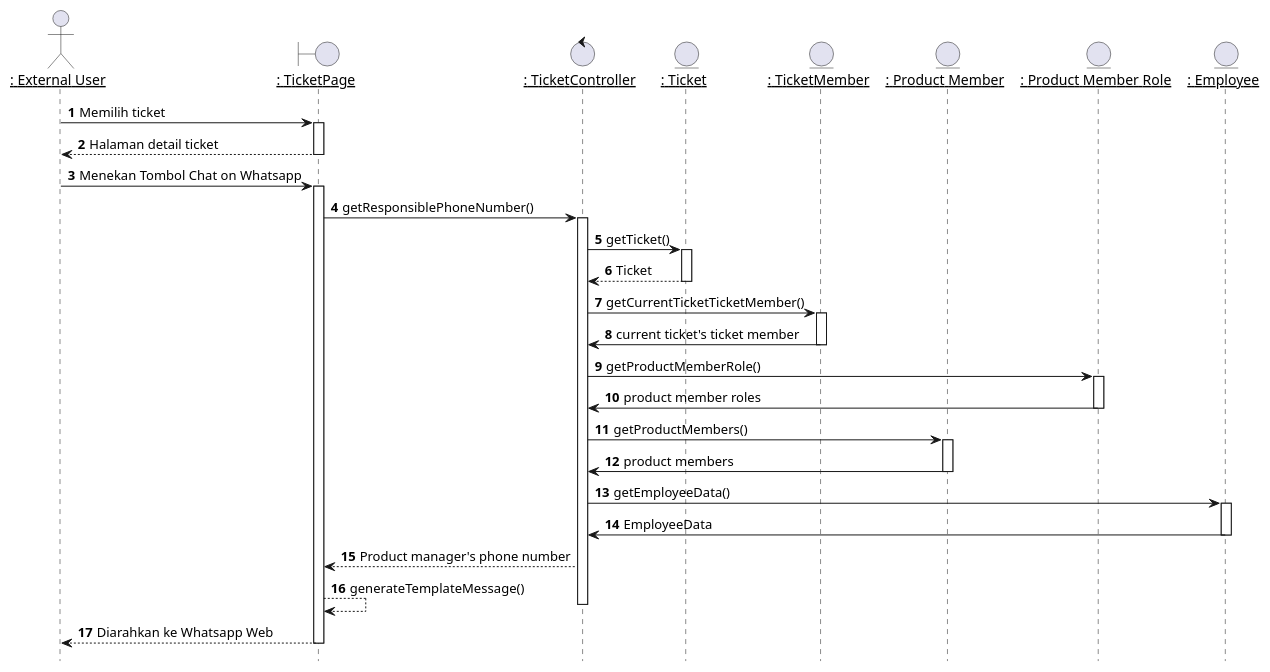
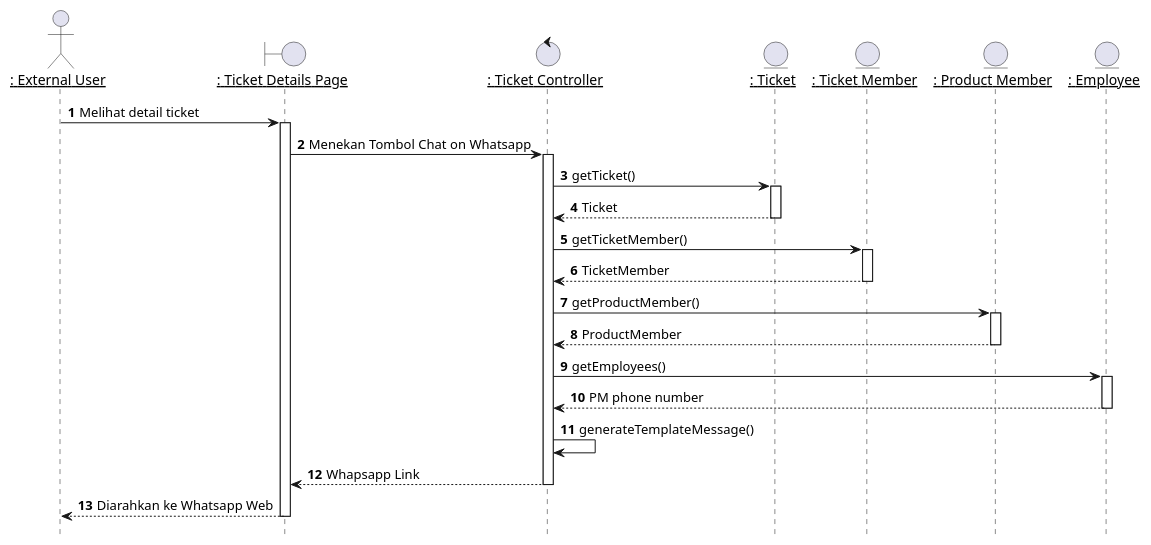
The diagram in plantuml/sequence/ex/ex7.puml (TAS-PKL/Laporan-PKL-Ticketing), drawn with PlantUML before and after one commit. The commit also changed 47 other files, not shown here.

```diff
--- a/plantuml/sequence/ex/ex7.puml
+++ b/plantuml/sequence/ex/ex7.puml
@@ -1,71 +1,58 @@
 @startuml Berkomunikasi Dengan PM Melalui Whatsapp
 
+' title "Berkomunikasi Dengan PM Melalui Whatsapp"
 hide footbox
 
-' title "Berkomunikasi Dengan PM Melalui Whatsapp"
 
-actor EU as "__: External User__"
-boundary TicketPage as "__: TicketPage__"
-control TicketController as "__: TicketController__"
+actor IPM as "__: External User__"
+boundary TicketDetailsPage as "__: Ticket Details Page__"
+control TicketController as "__: Ticket Controller__"
 entity Ticket as "__: Ticket__"
-entity TicketMember as "__: TicketMember__"
-entity ProductMembers as "__: Product Member__"
-entity ProductMemberRoles as "__: Product Member Role__"
+entity TicketMember as "__: Ticket Member__"
+entity ProductMember as "__: Product Member__"
 entity Employees as "__: Employee__"
-
 
 autonumber 1
 'list
-EU -> TicketPage: Memilih ticket
-activate TicketPage
+IPM -> TicketDetailsPage: Melihat detail ticket
+activate TicketDetailsPage
 
-TicketPage --> EU: Halaman detail ticket
-deactivate TicketPage
 
-'Menutup ticket
-EU -> TicketPage: Menekan Tombol Chat on Whatsapp
-activate TicketPage
-
-TicketPage -> TicketController: getResponsiblePhoneNumber()
+'Chat
+TicketDetailsPage -> TicketController: Menekan Tombol Chat on Whatsapp
 activate TicketController
 
 TicketController -> Ticket: getTicket()
 activate Ticket
 
 Ticket --> TicketController : Ticket
 deactivate Ticket
 
-TicketController -> TicketMember: getCurrentTicketTicketMember()
+TicketController -> TicketMember: getTicketMember()
 activate TicketMember
 
-TicketMember -> TicketController: current ticket's ticket member
+TicketMember --> TicketController : TicketMember
 deactivate TicketMember
 
-TicketController -> ProductMemberRoles: getProductMemberRole()
-activate ProductMemberRoles
+TicketController -> ProductMember: getProductMember()
+activate ProductMember
 
-ProductMemberRoles -> TicketController: product member roles
-deactivate ProductMemberRoles
+ProductMember --> TicketController : ProductMember
+deactivate ProductMember
 
-TicketController -> ProductMembers: getProductMembers()
-activate ProductMembers
-
-ProductMembers -> TicketController: product members
-deactivate ProductMembers
-
-TicketController -> Employees: getEmployeeData()
+TicketController -> Employees: getEmployees()
 activate Employees
 
-Employees -> TicketController: EmployeeData
+Employees --> TicketController : PM phone number
 deactivate Employees
 
+TicketController -> TicketController : generateTemplateMessage()
 
-TicketController --> TicketPage : Product manager's phone number
-TicketPage --> TicketPage : generateTemplateMessage()
+TicketController --> TicketDetailsPage : Whapsapp Link
 deactivate TicketController
 
-TicketPage --> EU : Diarahkan ke Whatsapp Web
-deactivate TicketPage
+TicketDetailsPage --> IPM : Diarahkan ke Whatsapp Web
+deactivate TicketDetailsPage
 
 
 @enduml
```
